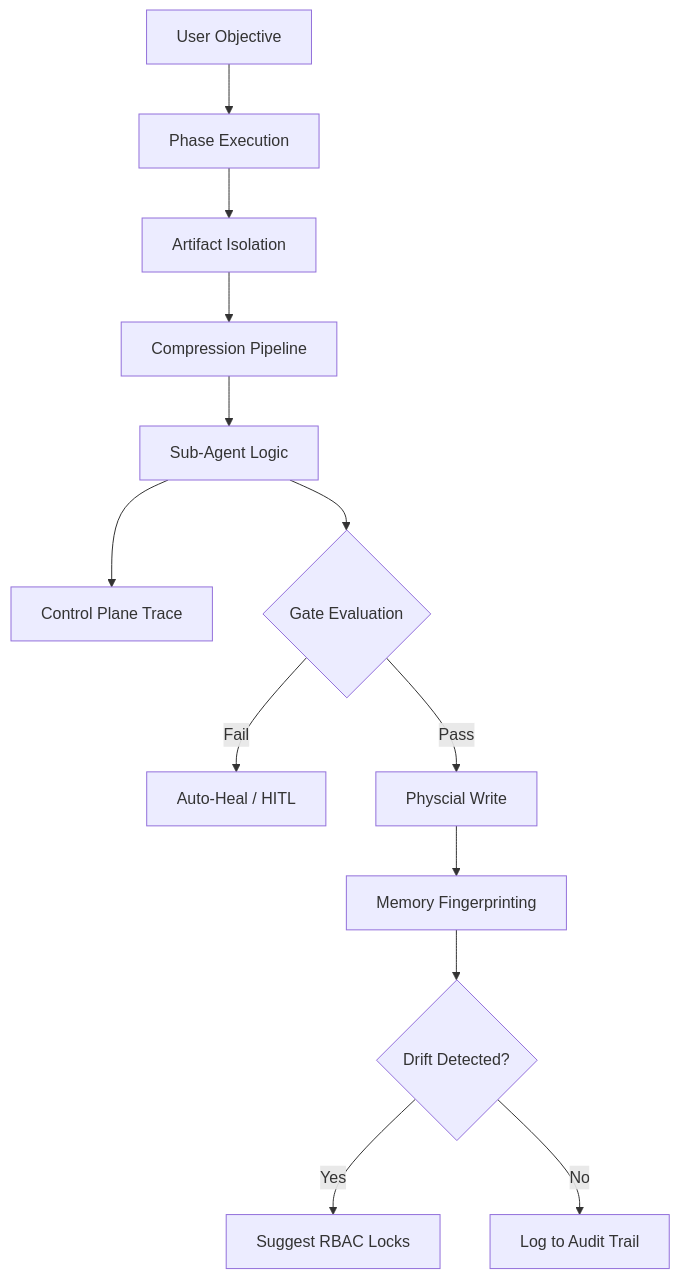
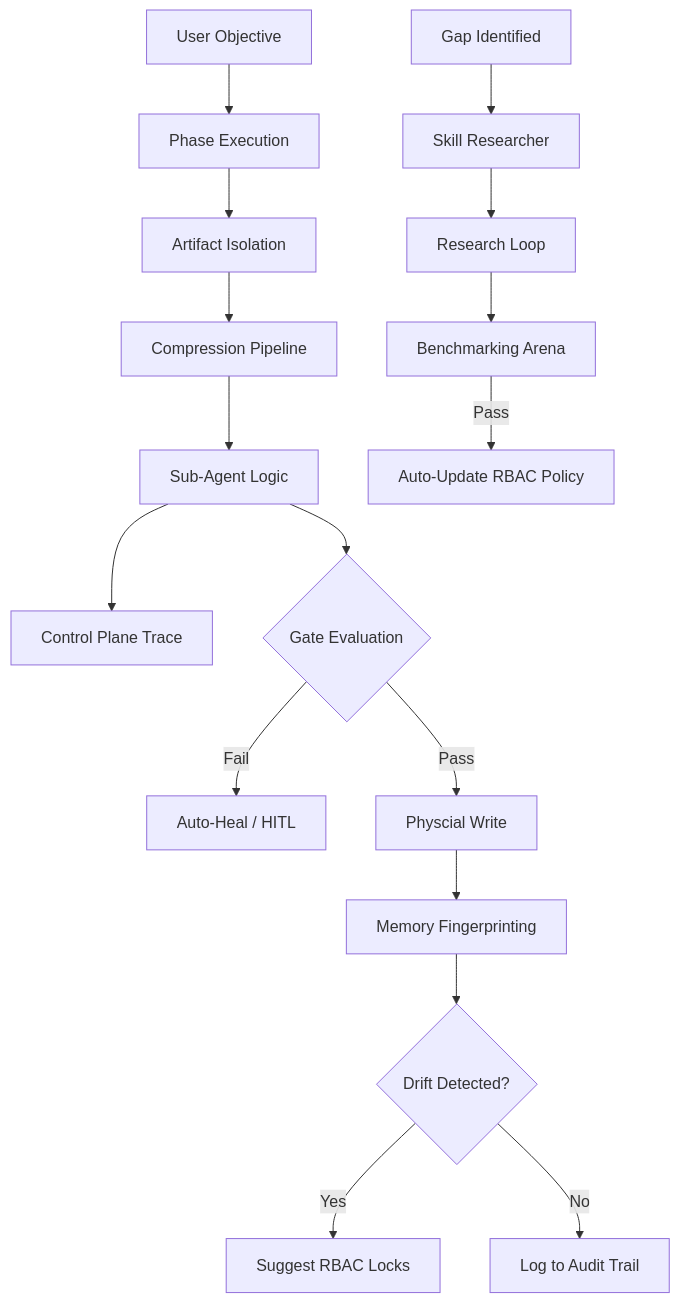
Before and after one commit to kasampra/asd-framework-orchestrator: the diagram in README.md, drawn with Mermaid. The commit also changed other lines of this file, not shown here.

Commit message:
docs: update README to reflect Evolution Flywheel and Benchmarking Arena

````diff
--- a/README.md
+++ b/README.md
@@ -47,15 +53,21 @@
 ```mermaid
 graph TD
     A[User Objective] --> B[Phase Execution]
     B --> AM[Artifact Isolation]
     AM --> CC[Compression Pipeline]
     CC --> Agent[Sub-Agent Logic]
     Agent --> CP[Control Plane Trace]
     Agent --> Gate{Gate Evaluation}
     Gate -- Fail --> Healing[Auto-Heal / HITL]
     Gate -- Pass --> Disk[Physcial Write]
     Disk --> Memory[Memory Fingerprinting]
     Memory --> Drift{Drift Detected?}
     Drift -- Yes --> RBAC[Suggest RBAC Locks]
     Drift -- No --> Audit[Log to Audit Trail]
+    
+    %% Evolution Loop
+    Objective[Gap Identified] --> SR[Skill Researcher]
+    SR --> ER[Research Loop]
+    ER --> BA[Benchmarking Arena]
+    BA -- Pass --> Evolution[Auto-Update RBAC Policy]
 ```
````
